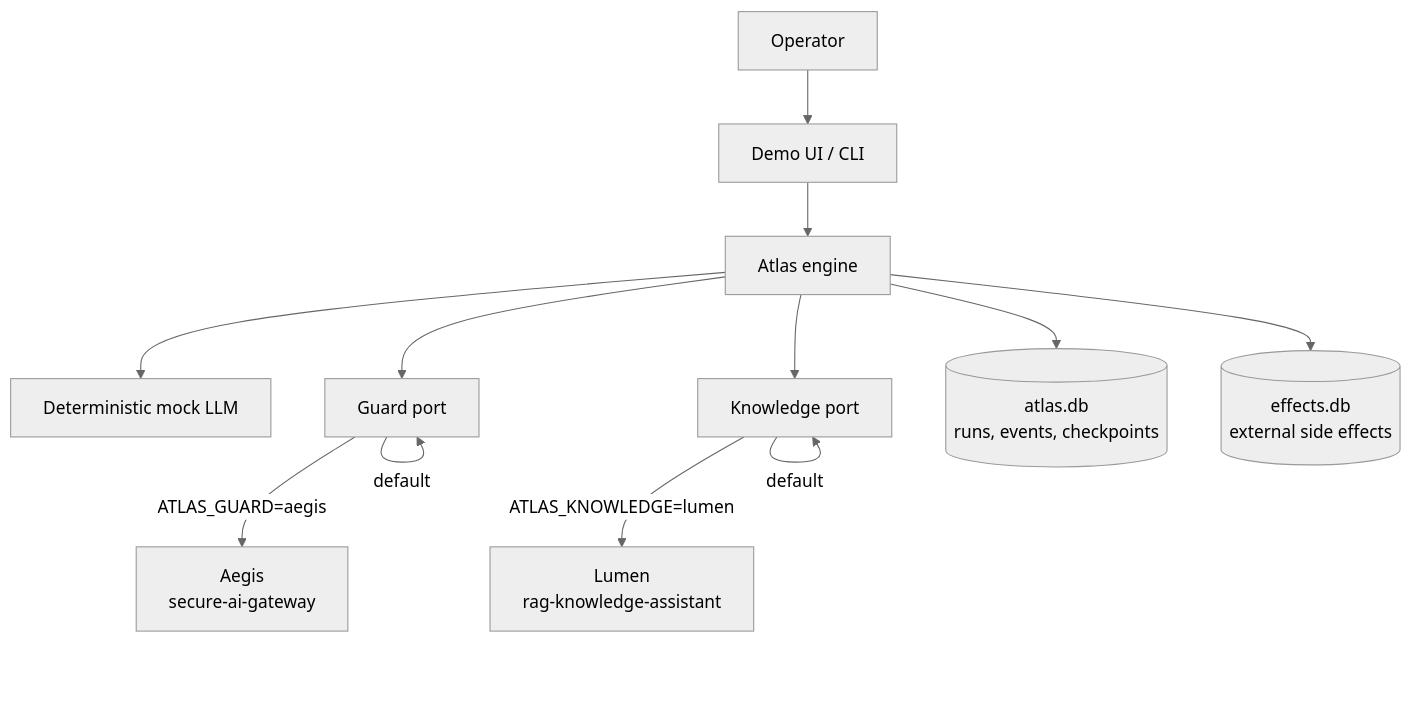
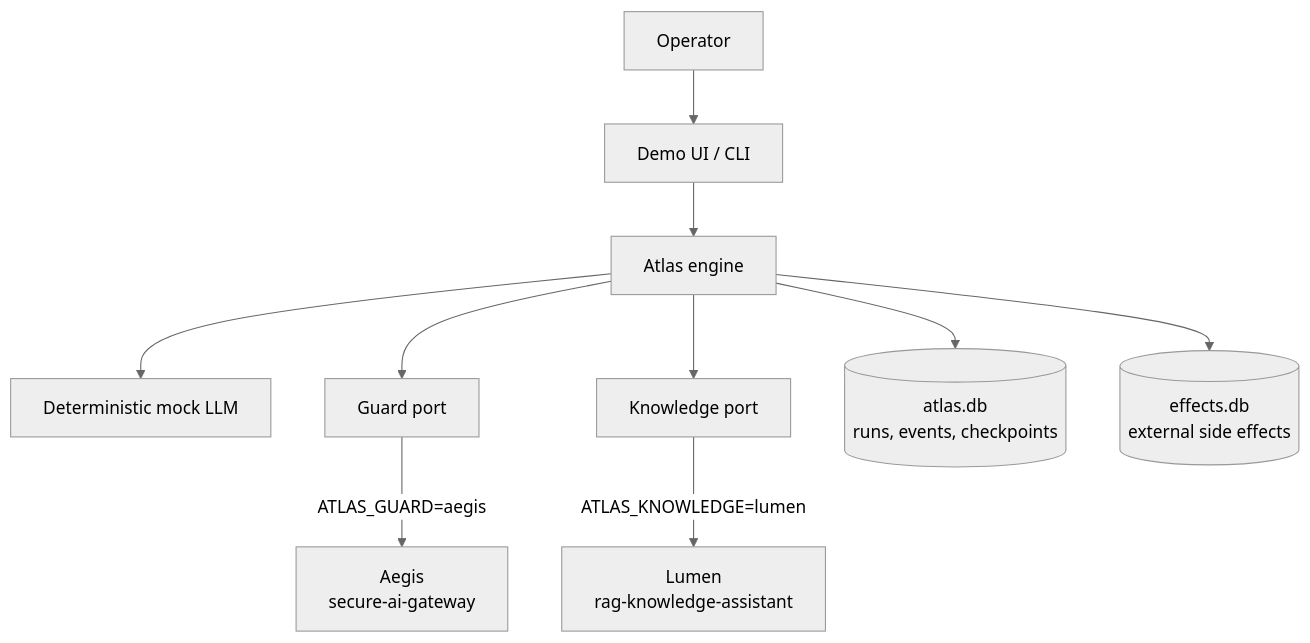
The first of 4 diagrams in atlas/ARCHITECTURE.md (kumarlakshya24/enterprise-ai-platform), drawn with Mermaid (neutral theme) before and after one commit. The commit also changed other lines of this file and 2 other files, not shown here.

First line of the commit message:
Lead Atlas docs with architecture, SLOs, and production mapping.

````diff
--- a/atlas/ARCHITECTURE.md
+++ b/atlas/ARCHITECTURE.md
@@ -29,24 +14,22 @@
 ```mermaid
 flowchart TB
   OP[Operator]
   UI[Demo UI / CLI]
   ENG[Atlas engine]
   LLM[Deterministic mock LLM]
   GUARD[Guard port]
   KNOW[Knowledge port]
   LOG[(atlas.db<br/>runs, events, checkpoints)]
   FX[(effects.db<br/>external side effects)]
   AEGIS[Aegis<br/>secure-ai-gateway]
   LUMEN[Lumen<br/>rag-knowledge-assistant]
 
   OP --> UI --> ENG
   ENG --> LLM
   ENG --> GUARD
   ENG --> KNOW
   ENG --> LOG
   ENG --> FX
   GUARD -->|ATLAS_GUARD=aegis| AEGIS
   KNOW -->|ATLAS_KNOWLEDGE=lumen| LUMEN
-  GUARD -->|default| GUARD
-  KNOW -->|default| KNOW
 ```
````
